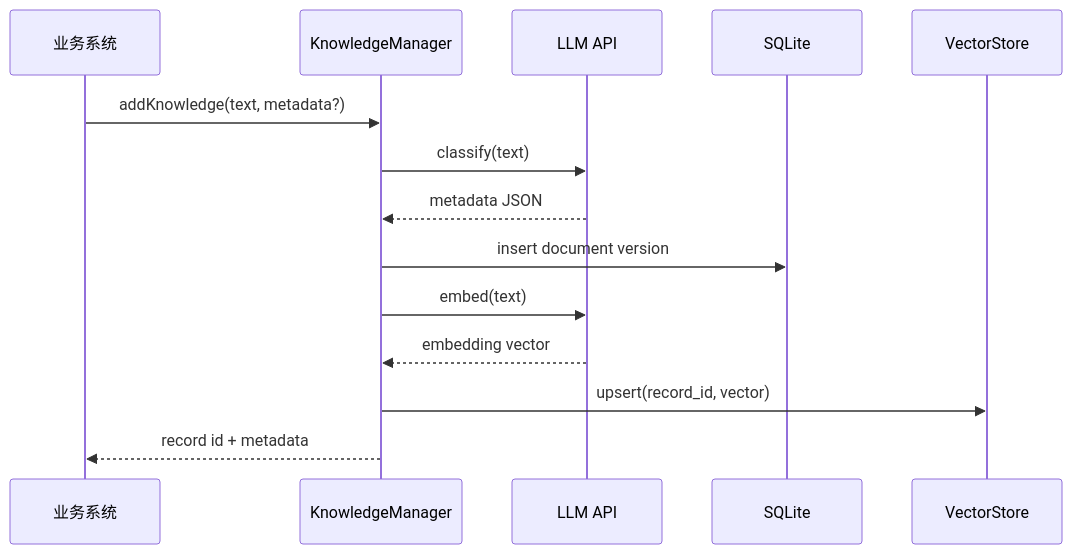
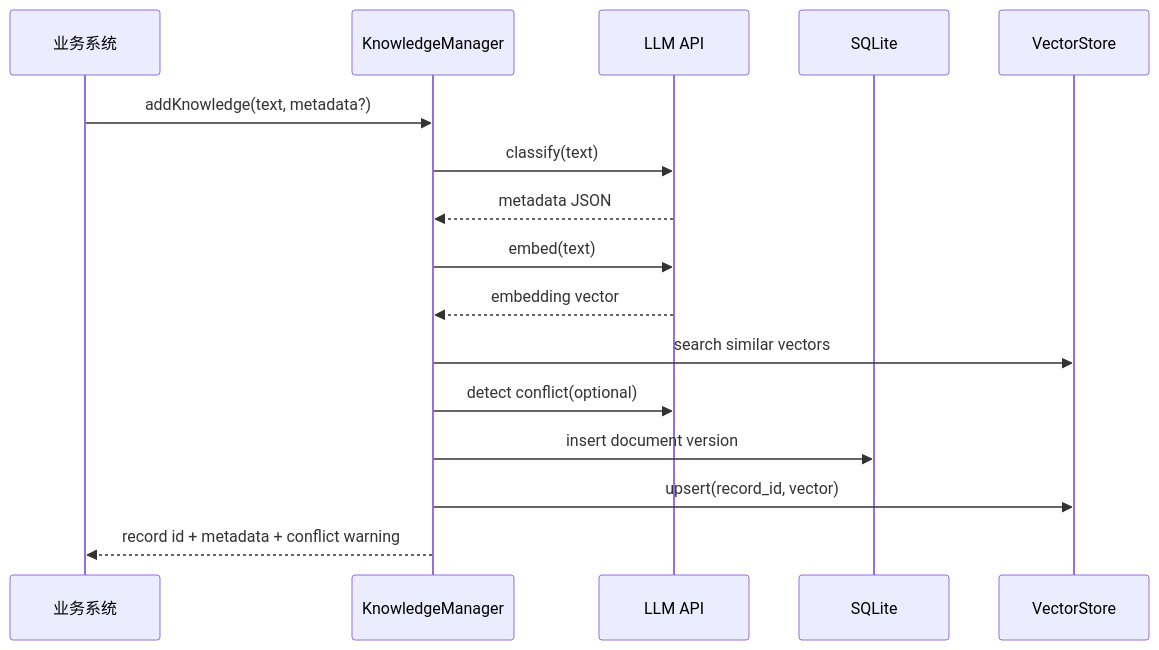
Before and after one commit to dcdbzq/KnowledgeManager: the second of 3 diagrams in docs/design.md, drawn with Mermaid. The commit also changed other lines of this file and 14 other files, not shown here.

````diff
--- a/docs/design.md
+++ b/docs/design.md
@@ -42,17 +45,19 @@
 ```mermaid
 sequenceDiagram
   participant App as 业务系统
   participant KM as KnowledgeManager
   participant LLM as LLM API
   participant DB as SQLite
   participant VS as VectorStore
 
   App->>KM: addKnowledge(text, metadata?)
   KM->>LLM: classify(text)
   LLM-->>KM: metadata JSON
-  KM->>DB: insert document version
   KM->>LLM: embed(text)
   LLM-->>KM: embedding vector
+  KM->>VS: search similar vectors
+  KM->>LLM: detect conflict(optional)
+  KM->>DB: insert document version
   KM->>VS: upsert(record_id, vector)
-  KM-->>App: record id + metadata
+  KM-->>App: record id + metadata + conflict warning
 ```
````
